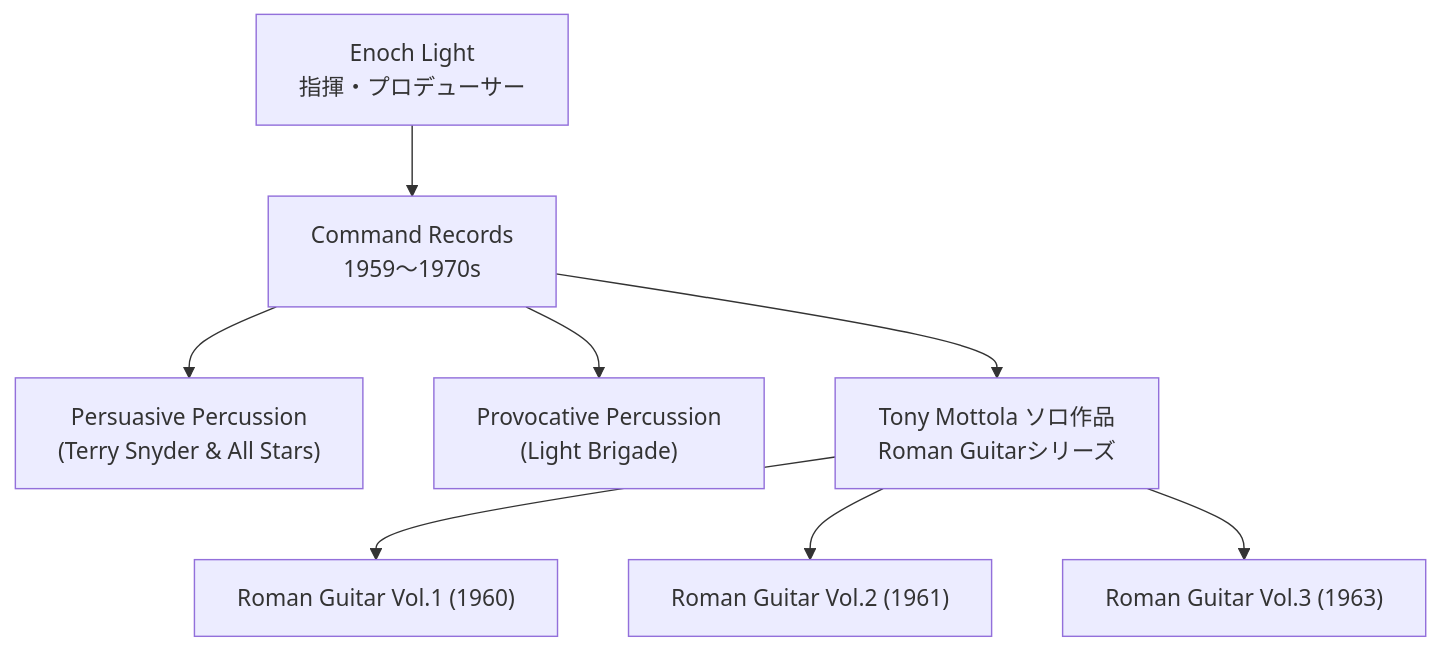
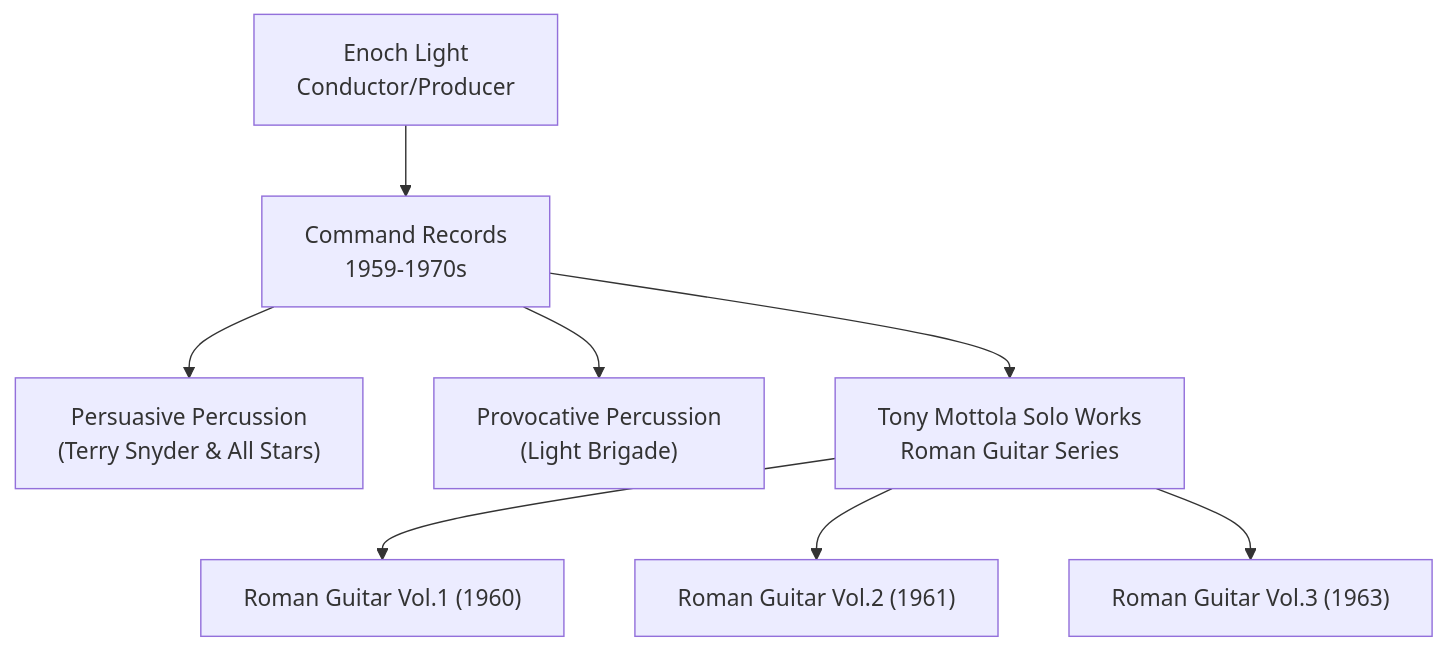
Before and after one commit to monumental-movement/monumental-movement.github.io: the second of 2 diagrams in en/_posts/2025-10-04-Column-Enoch-Light-Command.md, drawn with Mermaid. The commit also changed other lines of this file and 1719 other files, not shown here.

```diff
--- a/en/_posts/2025-10-04-Column-Enoch-Light-Command.md
+++ b/en/_posts/2025-10-04-Column-Enoch-Light-Command.md
@@ -119,12 +131,12 @@
 <div class="mermaid">
 
 flowchart TD
-  A["Enoch Light<br>指揮・プロデューサー"] --> B["Command Records<br>1959〜1970s"]
-  B --> C["Persuasive Percussion<br>(Terry Snyder & All Stars)"]
-  B --> D["Provocative Percussion<br>(Light Brigade)"]
-  B --> E["Tony Mottola ソロ作品<br>Roman Guitarシリーズ"]
-  E --> F["Roman Guitar Vol.1 (1960)"]
-  E --> G["Roman Guitar Vol.2 (1961)"]
-  E --> H["Roman Guitar Vol.3 (1963)"]
+A["Enoch Light<br>Conductor/Producer"] --> B["Command Records<br>1959-1970s"]
+B --> C["Persuasive Percussion<br>(Terry Snyder & All Stars)"]
+B --> D["Provocative Percussion<br>(Light Brigade)"]
+B --> E["Tony Mottola Solo Works<br>Roman Guitar Series"]
+E --> F["Roman Guitar Vol.1 (1960)"]
+E --> G["Roman Guitar Vol.2 (1961)"]
+E --> H["Roman Guitar Vol.3 (1963)"]
 
 </div>
```
